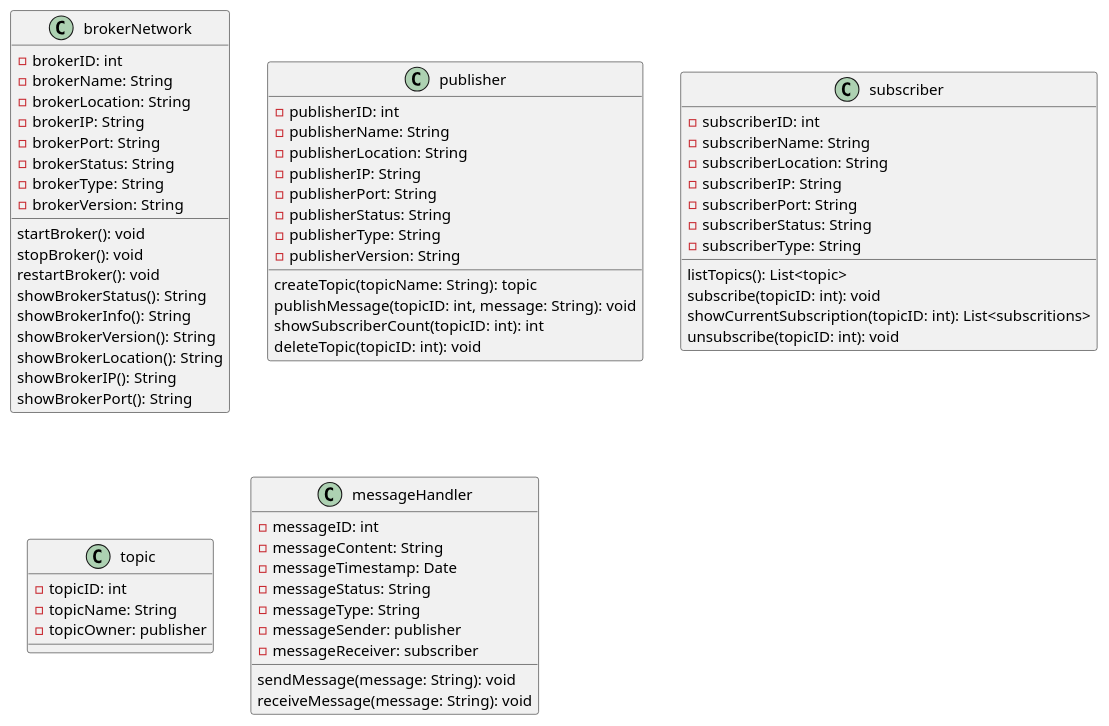
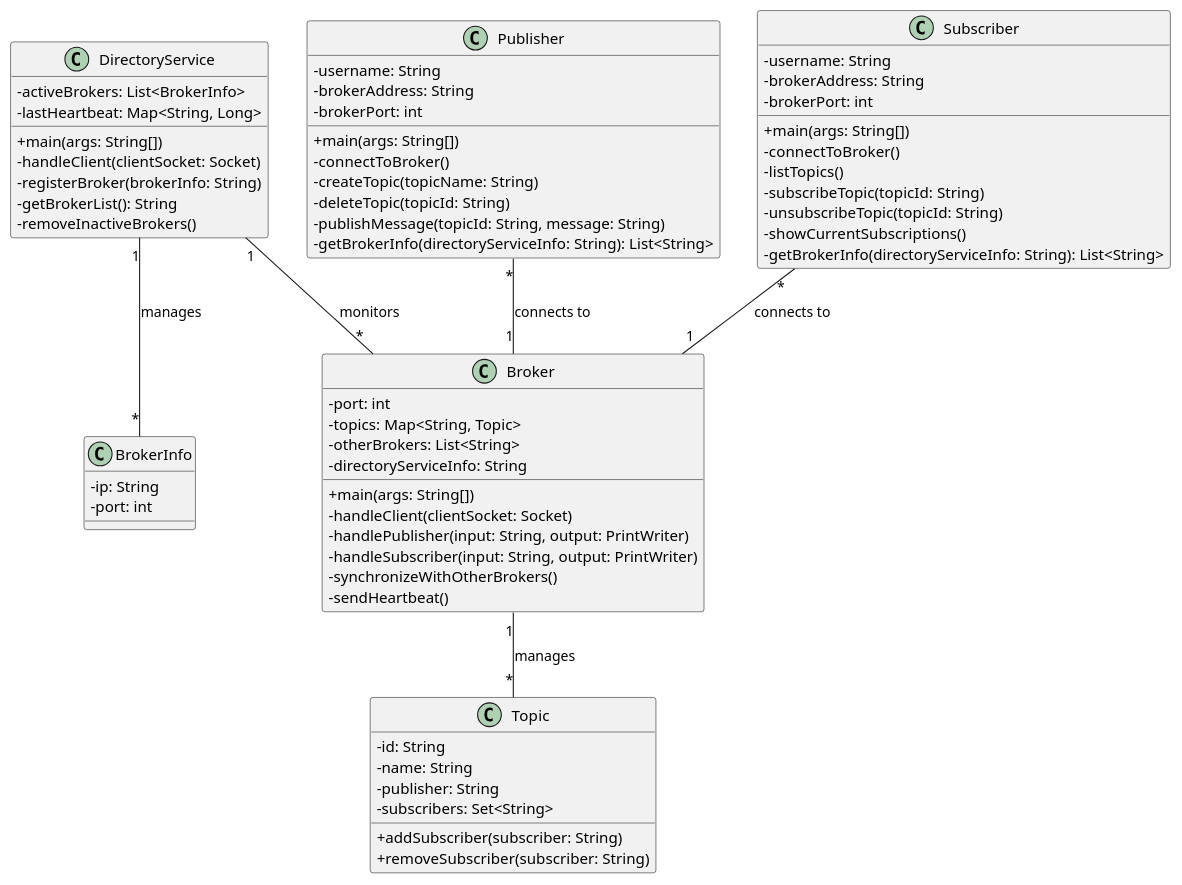
Before and after one commit to ruoyu-lu/DS: the diagram in Assignment 2/class diagram.pu, drawn with PlantUML. The commit also changed other lines of this file and 9 other files, not shown here.

```diff
--- a/Assignment 2/class diagram.pu
+++ b/Assignment 2/class diagram.pu
@@ -1,70 +1,73 @@
 @startuml
-class brokerNetwork {
-    - brokerID: int
-    - brokerName: String
-    - brokerLocation: String
-    - brokerIP: String
-    - brokerPort: String
-    - brokerStatus: String
-    - brokerType: String
-    - brokerVersion: String
-    {method} startBroker(): void
-    {method} stopBroker(): void
-    {method} restartBroker(): void
-    {method} showBrokerStatus(): String
-    {method} showBrokerInfo(): String
-    {method} showBrokerVersion(): String
-    {method} showBrokerLocation(): String
-    {method} showBrokerIP(): String
-    {method} showBrokerPort(): String
+
+skinparam classAttributeIconSize 0
+
+class DirectoryService {
+  - activeBrokers: List<BrokerInfo>
+  - lastHeartbeat: Map<String, Long>
+  + main(args: String[])
+  - handleClient(clientSocket: Socket)
+  - registerBroker(brokerInfo: String)
+  - getBrokerList(): String
+  - removeInactiveBrokers()
 }
 
-class publisher {
-    - publisherID: int
-    - publisherName: String
-    - publisherLocation: String
-    - publisherIP: String
-    - publisherPort: String
-    - publisherStatus: String
-    - publisherType: String
-    - publisherVersion: String
-    {method} createTopic(topicName: String): topic
-    {method} publishMessage(topicID: int, message: String): void
-    {method} showSubscriberCount(topicID: int): int
-    {method} deleteTopic(topicID: int): void
+class BrokerInfo {
+  - ip: String
+  - port: int
 }
 
-class subscriber {
-    - subscriberID: int
-    - subscriberName: String
-    - subscriberLocation: String
-    - subscriberIP: String
-    - subscriberPort: String
-    - subscriberStatus: String
-    - subscriberType: String
-    {method} listTopics(): List<topic>
-    {method} subscribe(topicID: int): void
-    {method} showCurrentSubscription(topicID: int): List<subscritions>
-    {method} unsubscribe(topicID: int): void
+class Broker {
+  - port: int
+  - topics: Map<String, Topic>
+  - otherBrokers: List<String>
+  - directoryServiceInfo: String
+  + main(args: String[])
+  - handleClient(clientSocket: Socket)
+  - handlePublisher(input: String, output: PrintWriter)
+  - handleSubscriber(input: String, output: PrintWriter)
+  - synchronizeWithOtherBrokers()
+  - sendHeartbeat()
 }
 
-class topic {
-    - topicID: int
-    - topicName: String
-    - topicOwner: publisher
+class Topic {
+  - id: String
+  - name: String
+  - publisher: String
+  - subscribers: Set<String>
+  + addSubscriber(subscriber: String)
+  + removeSubscriber(subscriber: String)
 }
 
-class messageHandler {
-    - messageID: int
-    - messageContent: String
-    - messageTimestamp: Date
-    - messageStatus: String
-    - messageType: String
-    - messageSender: publisher
-    - messageReceiver: subscriber
-    {method} sendMessage(message: String): void
-    {method} receiveMessage(message: String): void
-
+class Publisher {
+  - username: String
+  - brokerAddress: String
+  - brokerPort: int
+  + main(args: String[])
+  - connectToBroker()
+  - createTopic(topicName: String)
+  - deleteTopic(topicId: String)
+  - publishMessage(topicId: String, message: String)
+  - getBrokerInfo(directoryServiceInfo: String): List<String>
 }
 
+class Subscriber {
+  - username: String
+  - brokerAddress: String
+  - brokerPort: int
+  + main(args: String[])
+  - connectToBroker()
+  - listTopics()
+  - subscribeTopic(topicId: String)
+  - unsubscribeTopic(topicId: String)
+  - showCurrentSubscriptions()
+  - getBrokerInfo(directoryServiceInfo: String): List<String>
+}
+
+DirectoryService "1" -- "*" BrokerInfo : manages
+Broker "1" -- "*" Topic : manages
+Publisher "*" -- "1" Broker : connects to
+Subscriber "*" -- "1" Broker : connects to
+DirectoryService "1" -- "*" Broker : monitors
+
 @enduml
```
